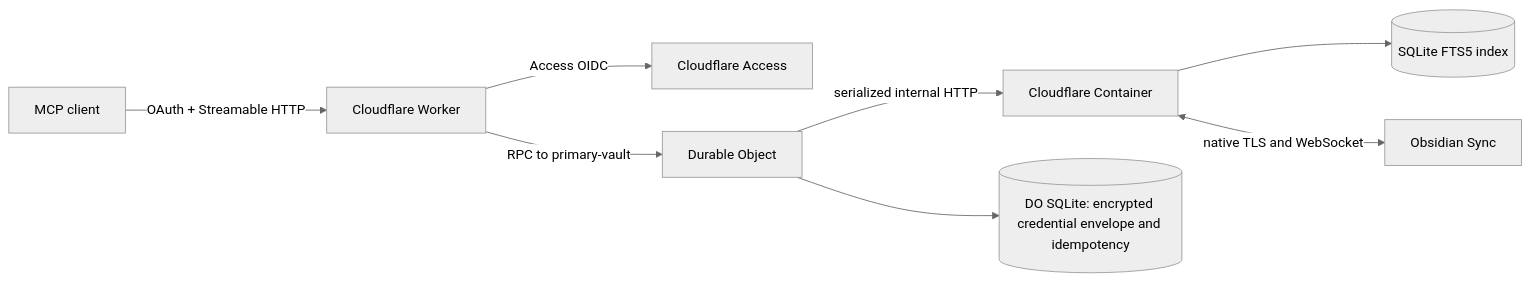
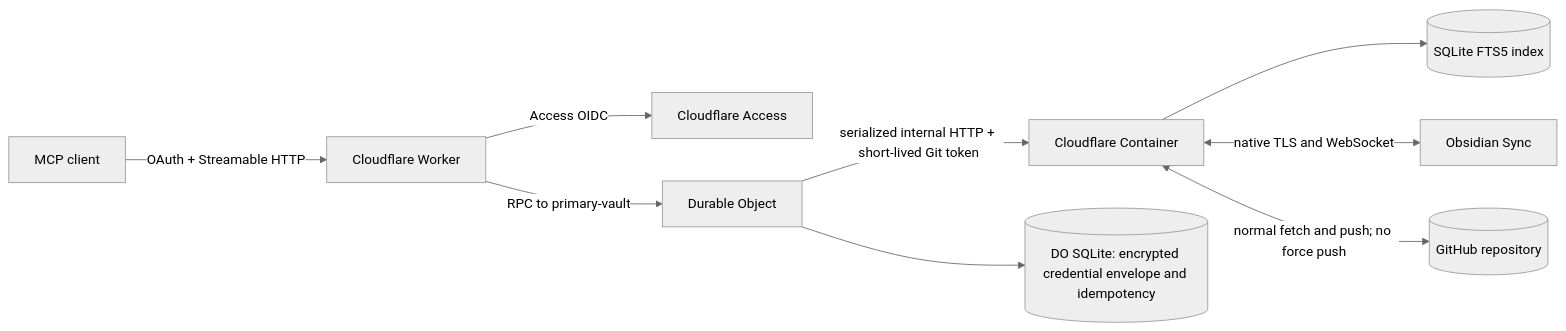
The diagram in README.md (jkxyz/obsidian-sync-mcp), drawn with Mermaid (neutral theme) before and after one commit. The commit also changed other lines of this file and 3 other files, not shown here.

````diff
--- a/README.md
+++ b/README.md
@@ -18,10 +20,11 @@
 ```mermaid
 flowchart LR
   C[MCP client] -->|OAuth + Streamable HTTP| W[Cloudflare Worker]
   W -->|Access OIDC| A[Cloudflare Access]
   W -->|RPC to primary-vault| D[Durable Object]
-  D -->|serialized internal HTTP| X[Cloudflare Container]
+  D -->|serialized internal HTTP + short-lived Git token| X[Cloudflare Container]
   X --> I[(SQLite FTS5 index)]
   X <-->|native TLS and WebSocket| O[Obsidian Sync]
+  X <-->|normal fetch and push; no force push| G[(GitHub repository)]
   D --> S[(DO SQLite: encrypted credential envelope and idempotency)]
 ```
````
